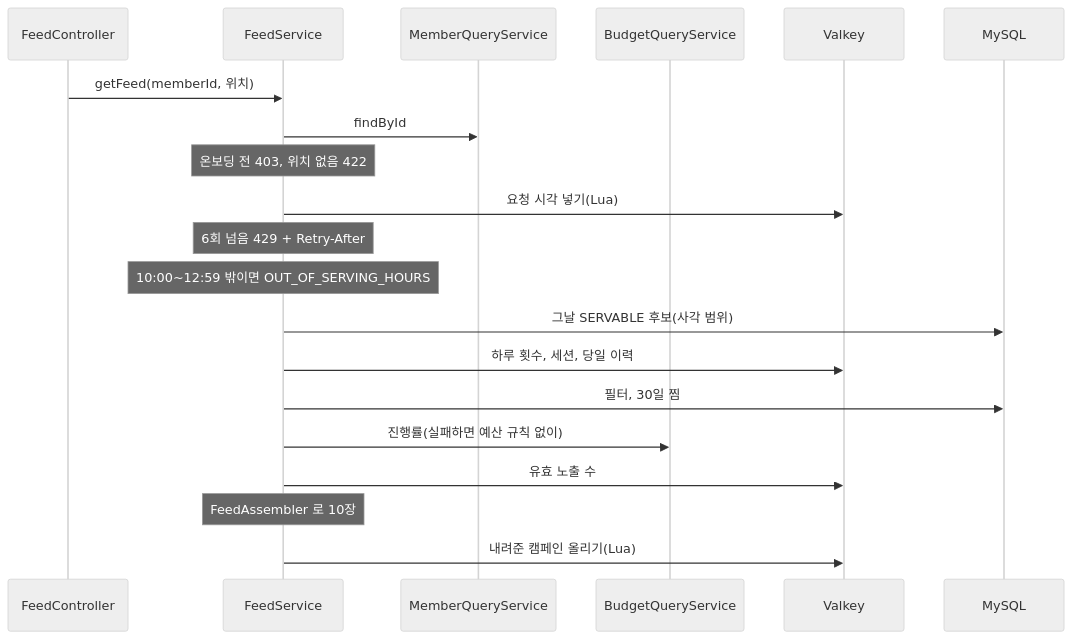
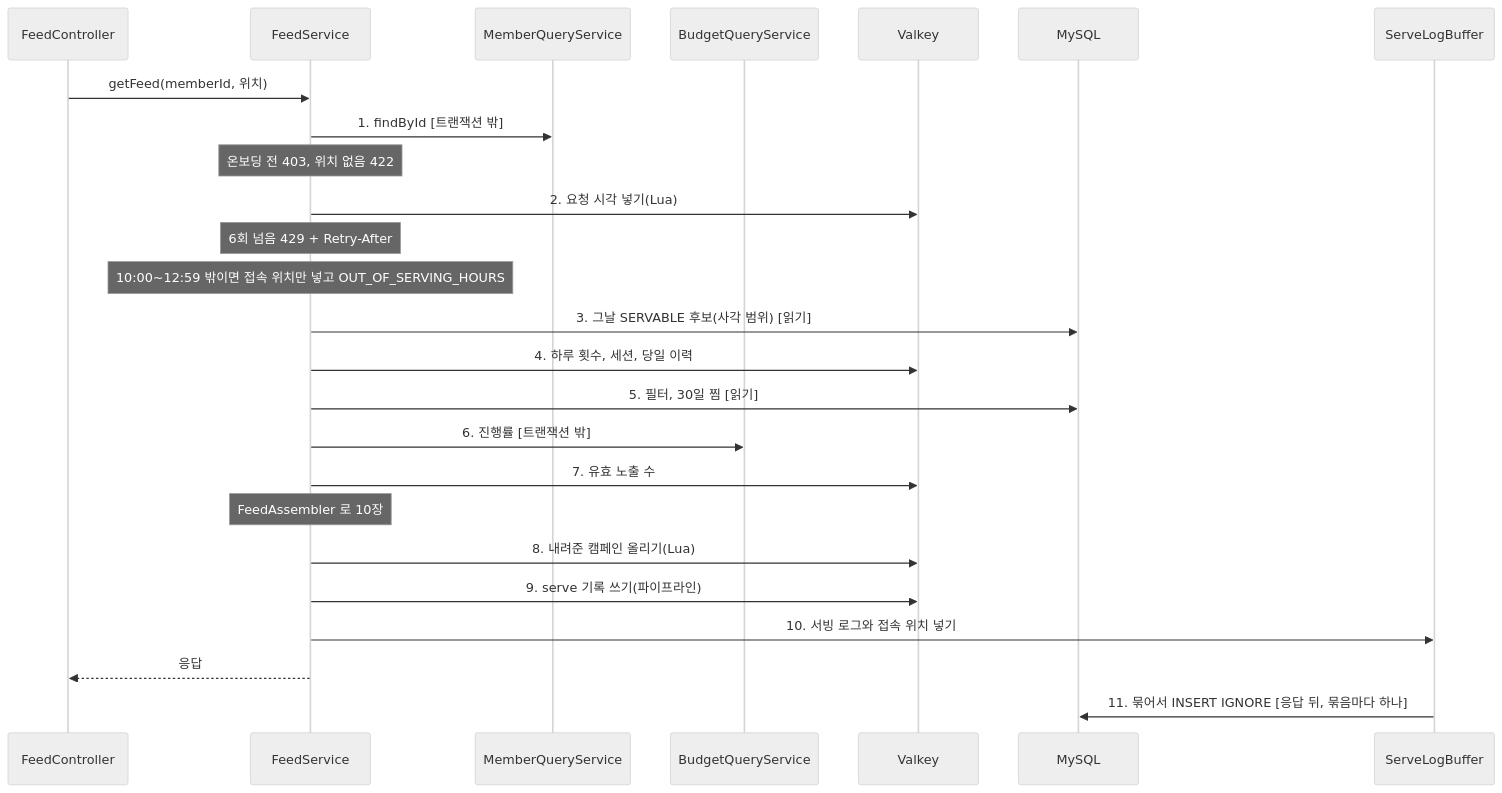
The second of 2 diagrams in docs/design/adserving/adserving_구조와_동작_설계.md (lunch-catch/lc-backend), drawn with Mermaid (neutral theme) before and after one commit. The commit also changed other lines of this file, not shown here.

````diff
--- a/docs/design/adserving/adserving_구조와_동작_설계.md
+++ b/docs/design/adserving/adserving_구조와_동작_설계.md
@@ -152,22 +219,27 @@
 ```mermaid
 sequenceDiagram
     participant C as FeedController
     participant S as FeedService
     participant M as MemberQueryService
     participant B as BudgetQueryService
     participant V as Valkey
     participant DB as MySQL
+    participant W as ServeLogBuffer
     C->>S: getFeed(memberId, 위치)
-    S->>M: findById
+    S->>M: 1. findById [트랜잭션 밖]
     Note over S: 온보딩 전 403, 위치 없음 422
-    S->>V: 요청 시각 넣기(Lua)
+    S->>V: 2. 요청 시각 넣기(Lua)
     Note over S: 6회 넘음 429 + Retry-After
-    Note over S: 10:00~12:59 밖이면 OUT_OF_SERVING_HOURS
-    S->>DB: 그날 SERVABLE 후보(사각 범위)
-    S->>V: 하루 횟수, 세션, 당일 이력
-    S->>DB: 필터, 30일 찜
-    S->>B: 진행률(실패하면 예산 규칙 없이)
-    S->>V: 유효 노출 수
+    Note over S: 10:00~12:59 밖이면 접속 위치만 넣고 OUT_OF_SERVING_HOURS
+    S->>DB: 3. 그날 SERVABLE 후보(사각 범위) [읽기]
+    S->>V: 4. 하루 횟수, 세션, 당일 이력
+    S->>DB: 5. 필터, 30일 찜 [읽기]
+    S->>B: 6. 진행률 [트랜잭션 밖]
+    S->>V: 7. 유효 노출 수
     Note over S: FeedAssembler 로 10장
-    S->>V: 내려준 캠페인 올리기(Lua)
+    S->>V: 8. 내려준 캠페인 올리기(Lua)
+    S->>V: 9. serve 기록 쓰기(파이프라인)
+    S->>W: 10. 서빙 로그와 접속 위치 넣기
+    S-->>C: 응답
+    W->>DB: 11. 묶어서 INSERT IGNORE [응답 뒤, 묶음마다 하나]
 ```
````
